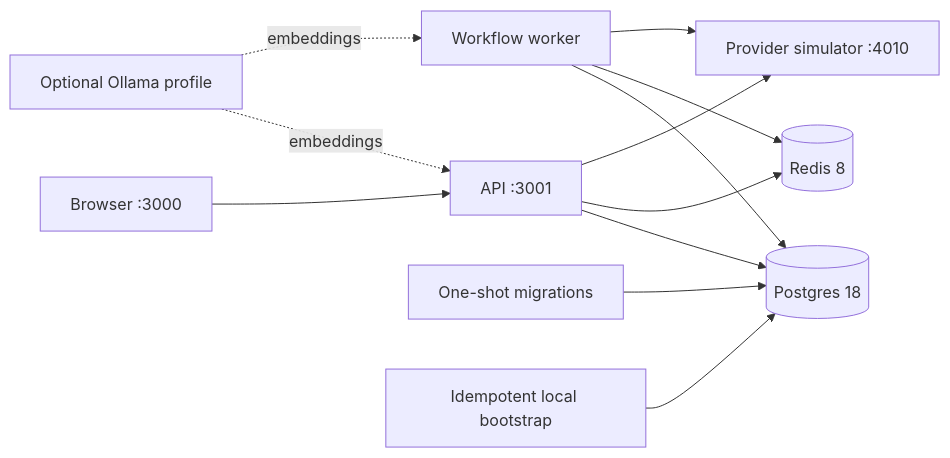
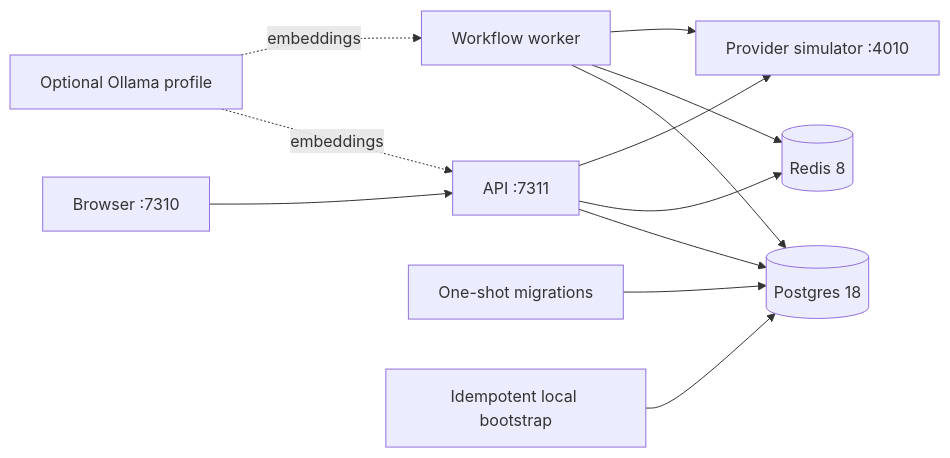
One commit to johnny4young/janusly changed the diagram in docs/local-deployment.md. Above: the diagram before and after it, drawn with Mermaid. The commit also changed other lines of this file and 6 other files, not shown here.

````diff
--- a/docs/local-deployment.md
+++ b/docs/local-deployment.md
@@ -15,14 +15,14 @@
 ```mermaid
 flowchart LR
-  Browser["Browser :3000"] --> API["API :3001"]
+  Browser["Browser :7310"] --> API["API :7311"]
   API --> PG[("Postgres 18")]
   API --> Redis[("Redis 8")]
   Worker["Workflow worker"] --> PG
   Worker --> Redis
   Worker --> Simulator["Provider simulator :4010"]
   API --> Simulator
   Migrate["One-shot migrations"] --> PG
   Seed["Idempotent local bootstrap"] --> PG
   Ollama["Optional Ollama profile"] -. embeddings .-> API
   Ollama -. embeddings .-> Worker
 ```
````
